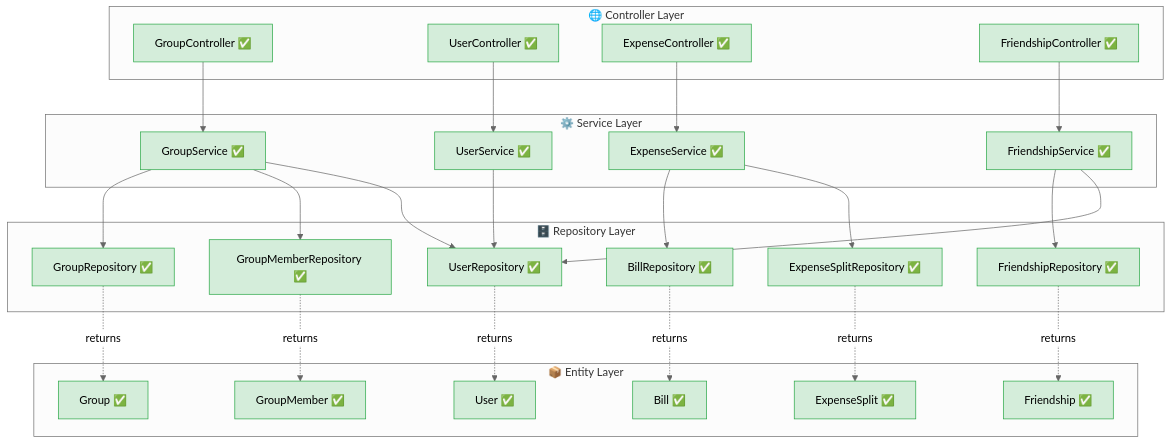
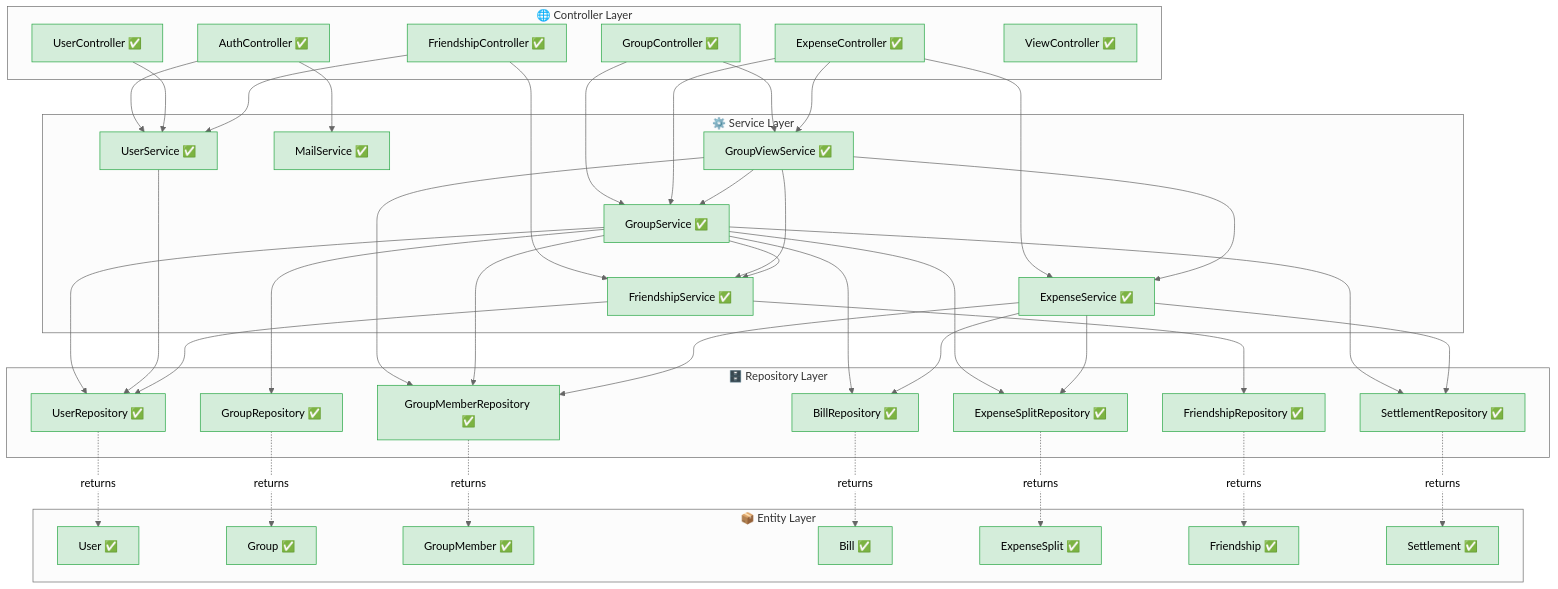
The first of 5 diagrams in CLASSDIAGRAM.md (emberfox205/teilr), drawn with Mermaid (neutral theme) before and after one commit. The commit also changed other lines of this file, not shown here.

Commit message:
modif: ClassDiagram

````diff
--- a/CLASSDIAGRAM.md
+++ b/CLASSDIAGRAM.md
@@ -11,10 +11,12 @@
     classDef planned fill:#f0f0f0,stroke:#aaaaaa,color:#888,stroke-dasharray: 5 5
 
     subgraph CONTROLLER ["🌐 Controller Layer"]
+        AC["AuthController ✅"]:::coded
         GC["GroupController ✅"]:::coded
         UC["UserController ✅"]:::coded
         EC["ExpenseController ✅"]:::coded
         FC["FriendshipController ✅"]:::coded
+        VC["ViewController ✅"]:::coded
     end
 
     subgraph SERVICE ["⚙️ Service Layer"]
@@ -22,6 +24,8 @@
         US["UserService ✅"]:::coded
         ES["ExpenseService ✅"]:::coded
         FS["FriendshipService ✅"]:::coded
+        MS["MailService ✅"]:::coded
+        GVS["GroupViewService ✅"]:::coded
     end
 
     subgraph REPO ["🗄️ Repository Layer"]
@@ -31,6 +35,7 @@
         BR["BillRepository ✅"]:::coded
         ER["ExpenseSplitRepository ✅"]:::coded
         FR["FriendshipRepository ✅"]:::coded
+        SR["SettlementRepository ✅"]:::coded
     end
 
     subgraph ENTITY ["📦 Entity Layer"]
@@ -40,19 +45,40 @@
         B["Bill ✅"]:::coded
         EX["ExpenseSplit ✅"]:::coded
         F["Friendship ✅"]:::coded
+        S["Settlement ✅"]:::coded
     end
 
+    AC --> US
+    AC --> MS
     GC --> GS
+    GC --> GVS
     UC --> US
     EC --> ES
+    EC --> GS
+    EC --> GVS
     FC --> FS
+    FC --> US
+    
+    GVS --> GS
+    GVS --> ES
+    GVS --> GMR
+    GVS --> FS
 
     GS --> GR
     GS --> GMR
     GS --> UR
+    GS --> BR
+    GS --> ER
+    GS --> SR
+    GS --> FS
+    
     US --> UR
+    
     ES --> BR
     ES --> ER
+    ES --> GMR
+    ES --> SR
+    
     FS --> FR
     FS --> UR
 
@@ -62,4 +88,5 @@
     BR -.->|returns| B
     ER -.->|returns| EX
     FR -.->|returns| F
+    SR -.->|returns| S
 ```
````
